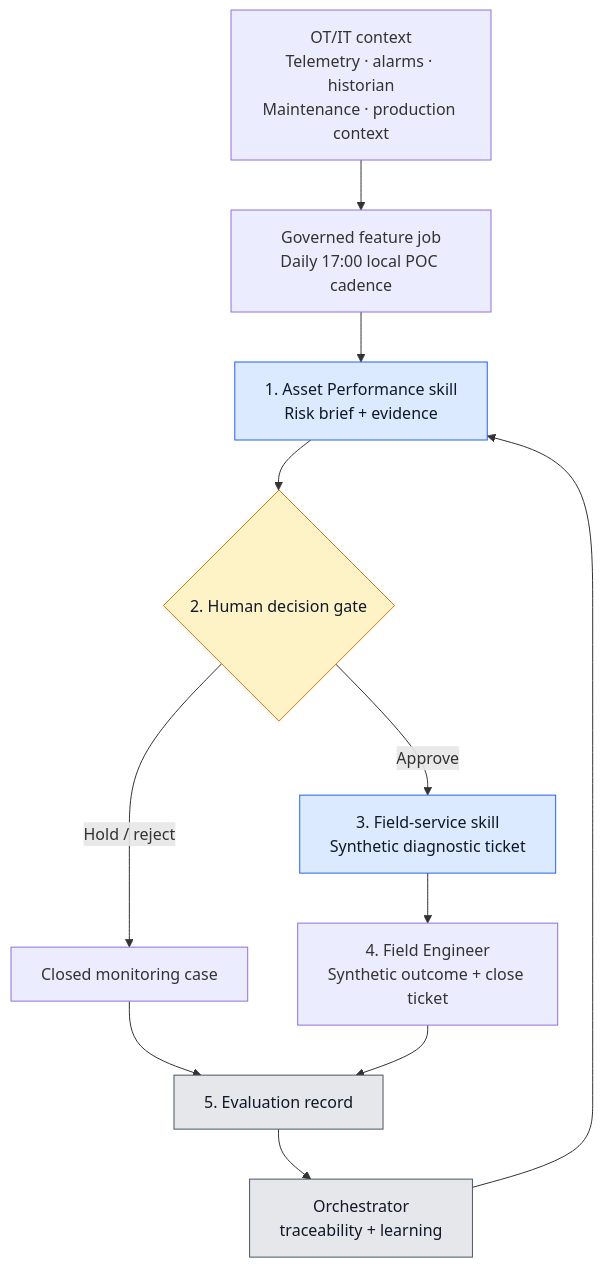
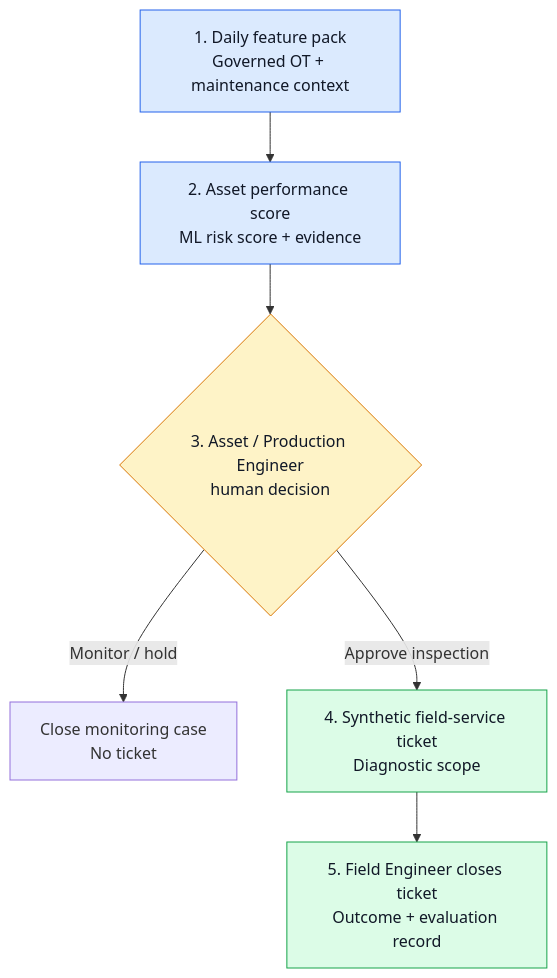
The diagram in README.md (fmlin0429712024/industrial-operations-ai-poc), drawn with Mermaid before and after one commit. The commit also changed other lines of this file and 1 other file, not shown here.

````diff
--- a/README.md
+++ b/README.md
@@ -27,20 +9,15 @@
 ```mermaid
 flowchart TD
-    A["OT/IT context<br/>Telemetry · alarms · historian<br/>Maintenance · production context"] --> F0["Governed feature job<br/>Daily 17:00 local POC cadence"]
-    F0 --> B["1. Asset Performance skill<br/>Risk brief + evidence"]
-    B --> D{"2. Human decision gate"}
-    D -->|"Approve"| E["3. Field-service skill<br/>Synthetic diagnostic ticket"]
-    D -->|"Hold / reject"| F["Closed monitoring case"]
-    E --> G["4. Field Engineer<br/>Synthetic outcome + close ticket"]
-    F --> H["5. Evaluation record"]
-    G --> H
-    H --> I["Orchestrator<br/>traceability + learning"]
-    I --> B
+    A["1. Daily feature pack<br/>Governed OT + maintenance context"] --> B["2. Asset performance score<br/>ML risk score + evidence"]
+    B --> C{"3. Asset / Production Engineer<br/>human decision"}
+    C -->|"Monitor / hold"| D["Close monitoring case<br/>No ticket"]
+    C -->|"Approve inspection"| E["4. Synthetic field-service ticket<br/>Diagnostic scope"]
+    E --> F["5. Field Engineer closes ticket<br/>Outcome + evaluation record"]
 
-    classDef skill fill:#dbeafe,stroke:#2563eb,color:#111827;
+    classDef model fill:#dbeafe,stroke:#2563eb,color:#111827;
     classDef gate fill:#fef3c7,stroke:#d97706,color:#111827;
-    classDef control fill:#e5e7eb,stroke:#4b5563,color:#111827;
-    class B,E skill;
-    class D gate;
-    class I,H control;
+    classDef ticket fill:#dcfce7,stroke:#16a34a,color:#111827;
+    class A,B model;
+    class C gate;
+    class E,F ticket;
 ```
````
